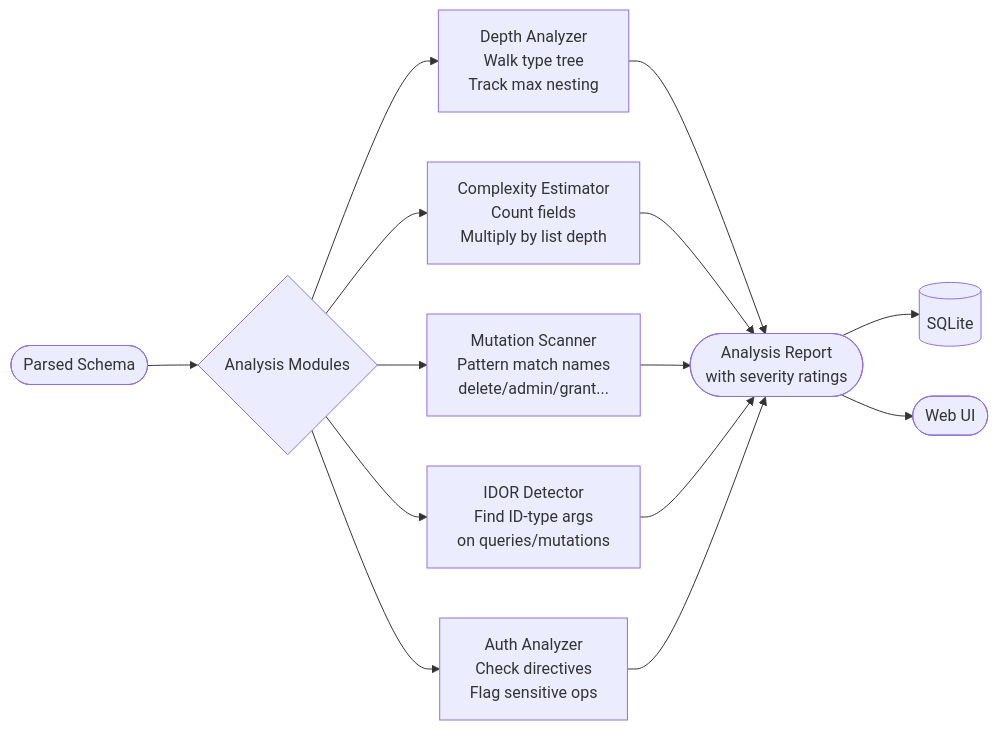
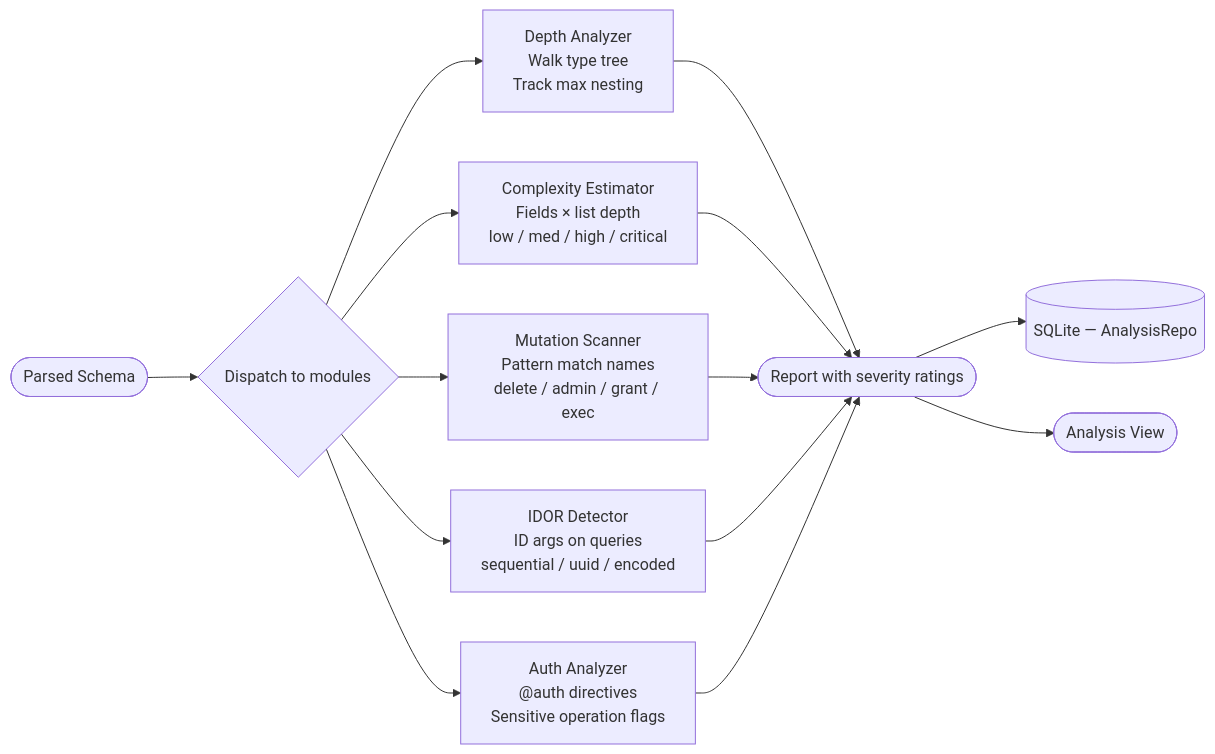
The sixth of 6 diagrams in README.md (0xDTC/0xGQLForge), drawn with Mermaid before and after one commit. The commit also changed other lines of this file and 9 other files, not shown here.

First line of the commit message:
Refactor schema inference and project management features

````diff
--- a/README.md
+++ b/README.md
@@ -299,19 +344,14 @@
 ```mermaid
 flowchart LR
-    SCHEMA([Parsed Schema]) --> SPLIT{Analysis Modules}
+    SCHEMA([Parsed Schema]) --> SPLIT{Dispatch to modules}
 
     SPLIT --> DEPTH[Depth Analyzer<br/>Walk type tree<br/>Track max nesting]
-    SPLIT --> COMPLEX[Complexity Estimator<br/>Count fields<br/>Multiply by list depth]
-    SPLIT --> MUTANT[Mutation Scanner<br/>Pattern match names<br/>delete/admin/grant...]
-    SPLIT --> IDOR[IDOR Detector<br/>Find ID-type args<br/>on queries/mutations]
-    SPLIT --> AUTH[Auth Analyzer<br/>Check directives<br/>Flag sensitive ops]
+    SPLIT --> COMPLEX[Complexity Estimator<br/>Fields × list depth<br/>low / med / high / critical]
+    SPLIT --> MUTANT[Mutation Scanner<br/>Pattern match names<br/>delete / admin / grant / exec]
+    SPLIT --> IDOR[IDOR Detector<br/>ID args on queries<br/>sequential / uuid / encoded]
+    SPLIT --> AUTH[Auth Analyzer<br/>@auth directives<br/>Sensitive operation flags]
 
-    DEPTH --> RESULTS([Analysis Report<br/>with severity ratings])
-    COMPLEX --> RESULTS
-    MUTANT --> RESULTS
-    IDOR --> RESULTS
-    AUTH --> RESULTS
-
-    RESULTS --> DB[(SQLite)]
-    RESULTS --> UI([Web UI])
+    DEPTH & COMPLEX & MUTANT & IDOR & AUTH --> RESULTS([Report with severity ratings])
+    RESULTS --> DB[(SQLite — AnalysisRepo)]
+    RESULTS --> UI([Analysis View])
 ```
````
